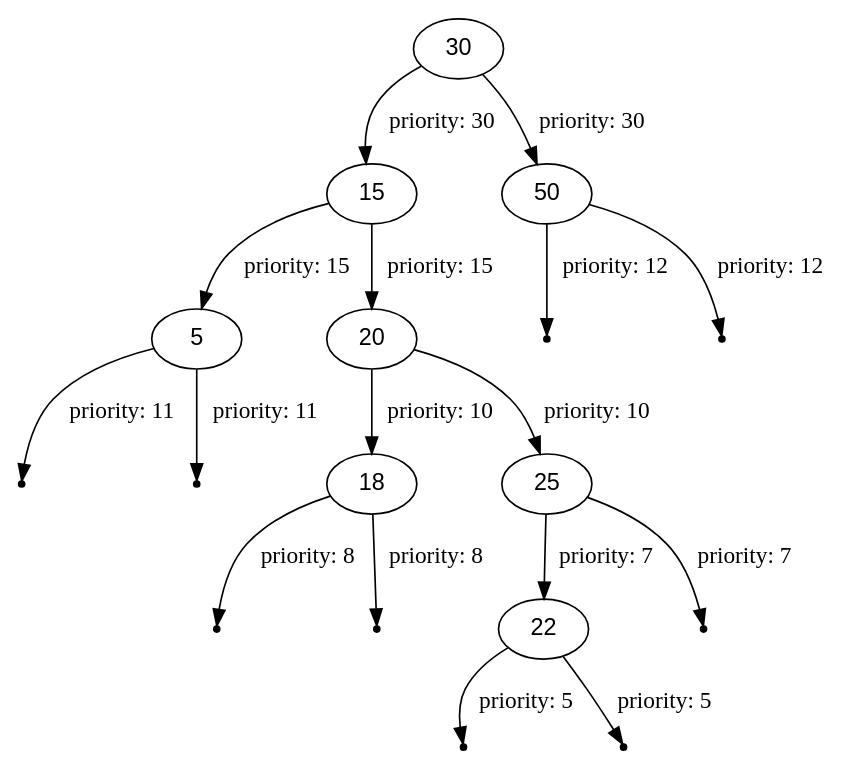
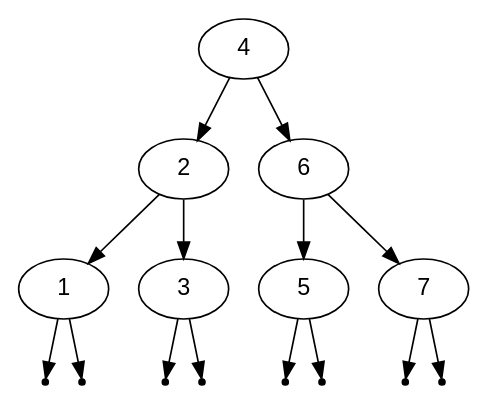
The diagram in visLib/out/dot/dump7.dot (NikitaEvs/trees), drawn with Graphviz before and after one commit. The commit also changed 220 other files, not shown here.

```diff
--- a/visLib/out/dot/dump7.dot
+++ b/visLib/out/dot/dump7.dot
@@ -1,28 +1,25 @@
 digraph BinarySearchTree {
     node [fontname = "Arial"];
-    30 -> 15 [label="priority: 30"];
-    15 -> 5 [label="priority: 15"];
+    4 -> 2;
+    2 -> 1;
     null0[shape=point];
-    5 -> null0 [label="priority: 11"];
+    1 -> null0;
     null1[shape=point];
-    5 -> null1 [label="priority: 11"];
-    15 -> 20 [label="priority: 15"];
-    20 -> 18 [label="priority: 10"];
+    1 -> null1;
+    2 -> 3;
     null2[shape=point];
-    18 -> null2 [label="priority: 8"];
+    3 -> null2;
     null3[shape=point];
-    18 -> null3 [label="priority: 8"];
-    20 -> 25 [label="priority: 10"];
-    25 -> 22 [label="priority: 7"];
+    3 -> null3;
+    4 -> 6;
+    6 -> 5;
     null4[shape=point];
-    22 -> null4 [label="priority: 5"];
+    5 -> null4;
     null5[shape=point];
-    22 -> null5 [label="priority: 5"];
+    5 -> null5;
+    6 -> 7;
     null6[shape=point];
-    25 -> null6 [label="priority: 7"];
-    30 -> 50 [label="priority: 30"];
+    7 -> null6;
     null7[shape=point];
-    50 -> null7 [label="priority: 12"];
-    null8[shape=point];
-    50 -> null8 [label="priority: 12"];
+    7 -> null7;
 }
```
